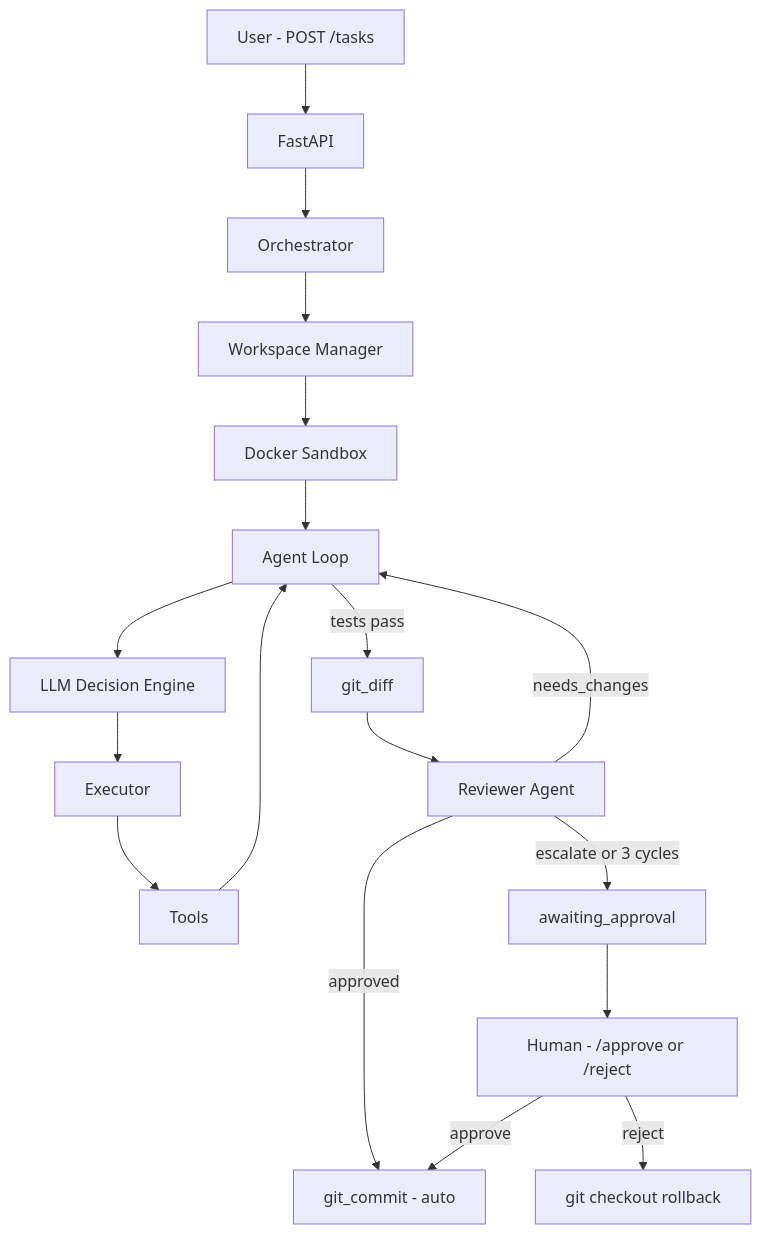
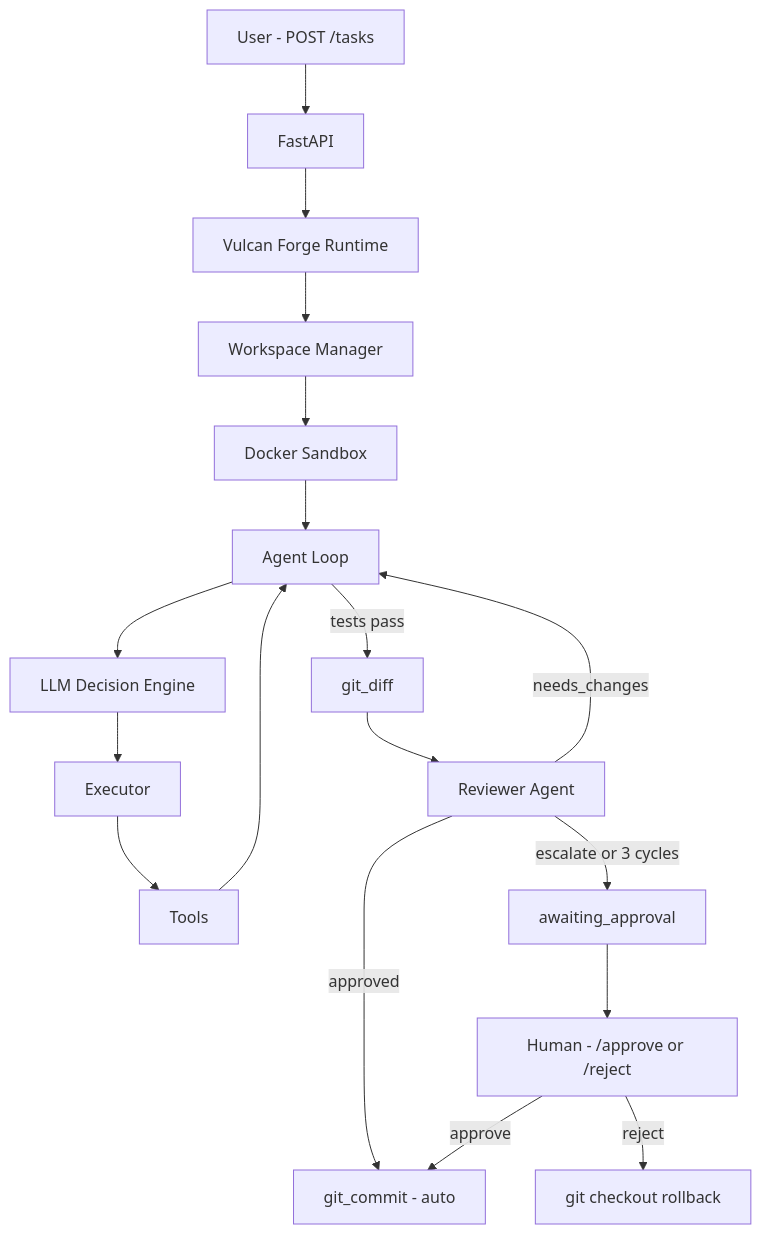
The diagram in README.md (riverdoggo/Vulcan-Forge), drawn with Mermaid before and after one commit. The commit also changed other lines of this file and 4 other files, not shown here.

````diff
--- a/README.md
+++ b/README.md
@@ -36,20 +38,20 @@
 ```mermaid
 flowchart TD
     A[User - POST /tasks] --> B[FastAPI]
-    B --> C[Orchestrator]
+    B --> C[Vulcan Forge Runtime]
     C --> D[Workspace Manager]
     D --> E[Docker Sandbox]
     E --> F[Agent Loop]
     F --> G[LLM Decision Engine]
     G --> H[Executor]
     H --> I[Tools]
     I --> F
     F -->|tests pass| J[git_diff]
     J --> K[Reviewer Agent]
     K -->|approved| L[git_commit - auto]
     K -->|needs_changes| F
     K -->|escalate or 3 cycles| M[awaiting_approval]
     M --> N[Human - /approve or /reject]
     N -->|approve| L
     N -->|reject| O[git checkout rollback]
 ```
````
